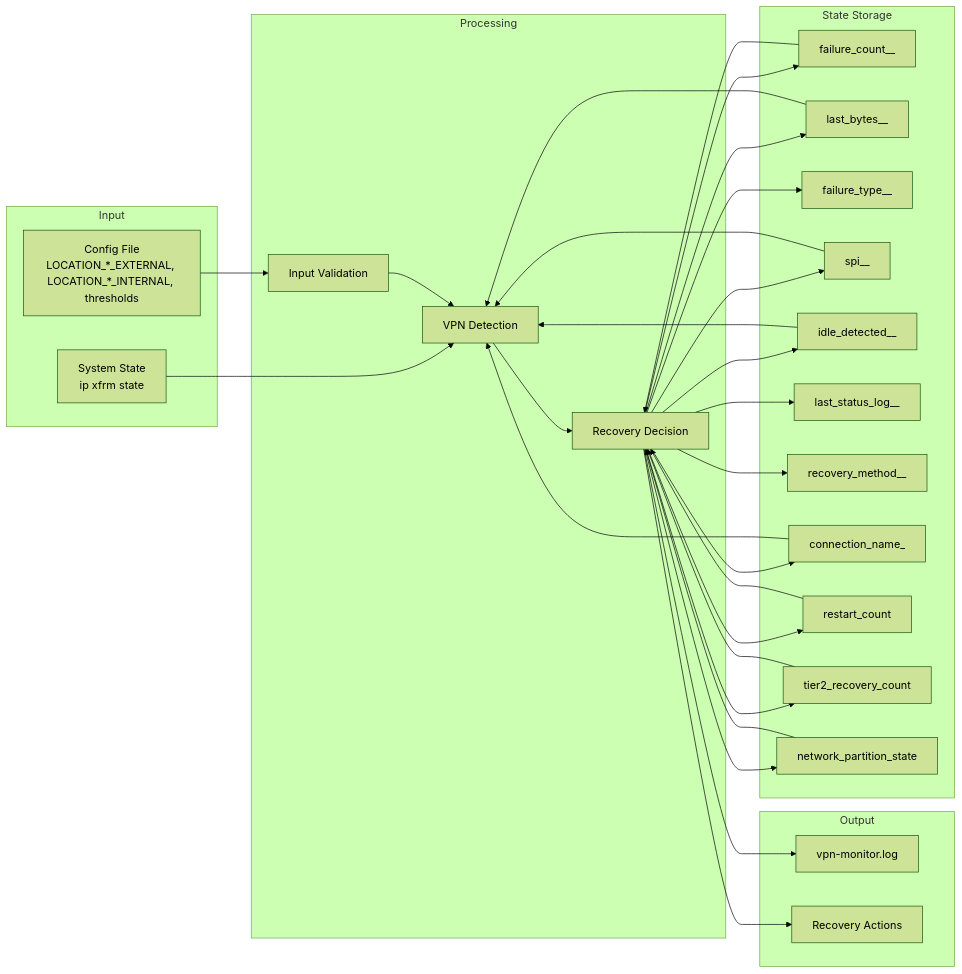
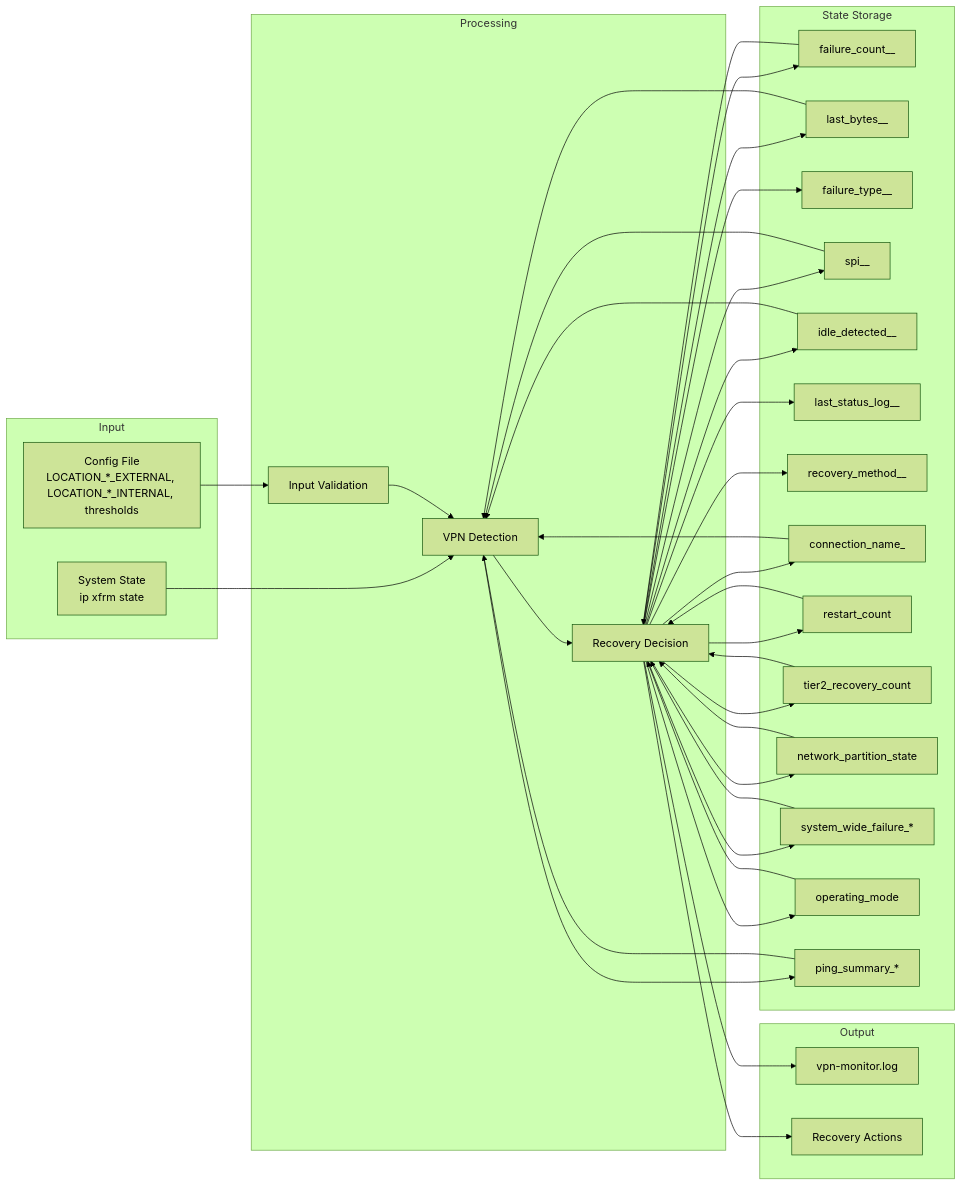
The sixth of 7 diagrams in docs/reference/ARCHITECTURE.md (Eccentric-Quality-Solutions/udm-vpn-monitor), drawn with Mermaid (forest theme) before and after one commit. The commit also changed other lines of this file and 4 other files, not shown here.

````diff
--- a/docs/reference/ARCHITECTURE.md
+++ b/docs/reference/ARCHITECTURE.md
@@ -585,58 +601,67 @@
 ```mermaid
 graph LR
     subgraph "Input"
         ConfigFile[Config File<br/>LOCATION_*_EXTERNAL, LOCATION_*_INTERNAL, thresholds]
         XfrmState[System State<br/>ip xfrm state]
     end
 
     subgraph "Processing"
         Validation[Input Validation]
         Detection[VPN Detection]
         Decision[Recovery Decision]
     end
 
     subgraph "State Storage"
         FailureCounter[failure_count_<location>_<peer_ip>]
         ByteFiles[last_bytes_<location>_<peer_ip>]
         FailureType[failure_type_<location>_<peer_ip>]
         SPI[spi_<location>_<peer_ip>]
         IdleDetected[idle_detected_<location>_<peer_ip>]
         LastStatusLog[last_status_log_<location>_<peer_ip>]
         RecoveryMethod[recovery_method_<location>_<peer_ip>]
         ConnectionName[connection_name_<peer_ip>]
         RestartLog[restart_count]
         Tier2RestartLog[tier2_recovery_count]
         NetworkPartition[network_partition_state]
+        SystemWideFailure[system_wide_failure_*]
+        OperatingMode[operating_mode]
+        PingSummary[ping_summary_*]
     end
 
     subgraph "Output"
         LogFile[vpn-monitor.log]
         Actions[Recovery Actions]
     end
 
     ConfigFile --> Validation
     XfrmState --> Detection
     Validation --> Detection
     Detection --> Decision
     Decision --> FailureCounter
     Decision --> ByteFiles
     Decision --> FailureType
     Decision --> SPI
     Decision --> IdleDetected
     Decision --> LastStatusLog
     Decision --> RecoveryMethod
     Decision --> ConnectionName
     Decision --> RestartLog
     Decision --> Tier2RestartLog
     Decision --> NetworkPartition
+    Decision --> SystemWideFailure
+    Detection --> PingSummary
+    Decision --> OperatingMode
     Decision --> LogFile
     Decision --> Actions
     FailureCounter --> Decision
     ByteFiles --> Detection
     SPI --> Detection
     IdleDetected --> Detection
     ConnectionName --> Detection
     RestartLog --> Decision
     Tier2RestartLog --> Decision
     NetworkPartition --> Decision
+    SystemWideFailure --> Decision
+    PingSummary --> Detection
+    OperatingMode --> Decision
 ```
````
